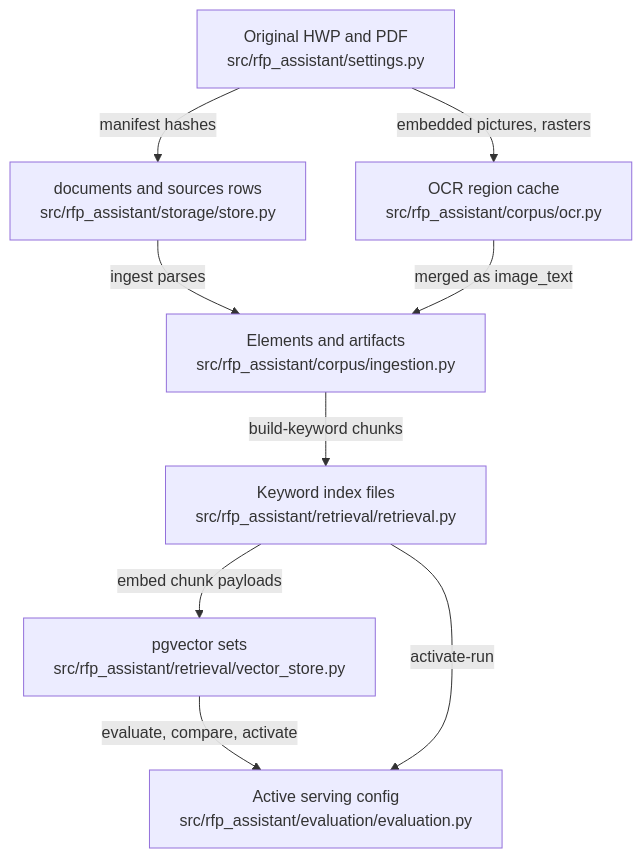
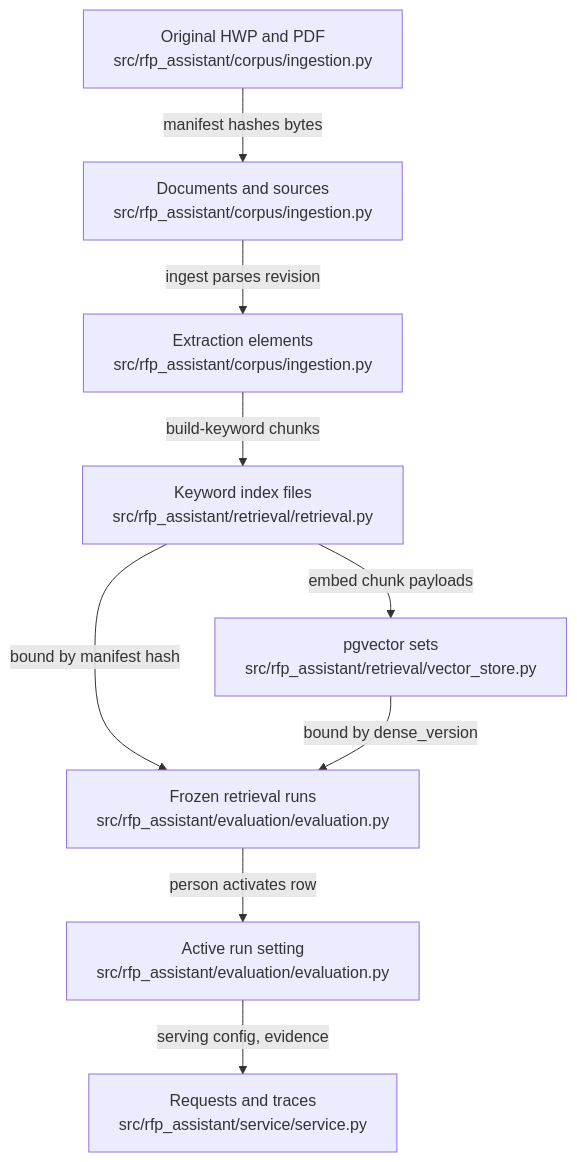
The diagram in .omm/data-flow/diagram.mmd (littleeeeebit/project-codeit-mid), drawn with Mermaid before and after one commit. The commit also changed 359 other files, not shown here.

Commit message:
Refresh wiki and architecture before merge

```diff
--- a/.omm/data-flow/diagram.mmd
+++ b/.omm/data-flow/diagram.mmd
@@ -1,9 +1,17 @@
 graph TD
-  original-files["Original HWP and PDF\nsrc/rfp_assistant/settings.py"] -->|"manifest hashes"| source-records["documents and sources rows\nsrc/rfp_assistant/storage/store.py"]
-  original-files -->|"embedded pictures, rasters"| ocr-cache["OCR region cache\nsrc/rfp_assistant/corpus/ocr.py"]
-  source-records -->|"ingest parses"| extraction-artifacts["Elements and artifacts\nsrc/rfp_assistant/corpus/ingestion.py"]
-  ocr-cache -->|"merged as image_text"| extraction-artifacts
-  extraction-artifacts -->|"build-keyword chunks"| keyword-index-files["Keyword index files\nsrc/rfp_assistant/retrieval/retrieval.py"]
-  keyword-index-files -->|"embed chunk payloads"| vector-sets["pgvector sets\nsrc/rfp_assistant/retrieval/vector_store.py"]
-  vector-sets -->|"evaluate, compare, activate"| active-serving["Active serving config\nsrc/rfp_assistant/evaluation/evaluation.py"]
-  keyword-index-files -->|"activate-run"| active-serving
+  original-files["Original HWP and PDF\nsrc/rfp_assistant/corpus/ingestion.py"]
+  source-records["Documents and sources\nsrc/rfp_assistant/corpus/ingestion.py"]
+  extraction-artifacts["Extraction elements\nsrc/rfp_assistant/corpus/ingestion.py"]
+  keyword-index-files["Keyword index files\nsrc/rfp_assistant/retrieval/retrieval.py"]
+  vector-sets["pgvector sets\nsrc/rfp_assistant/retrieval/vector_store.py"]
+  evaluation-runs["Frozen retrieval runs\nsrc/rfp_assistant/evaluation/evaluation.py"]
+  active-run["Active run setting\nsrc/rfp_assistant/evaluation/evaluation.py"]
+  request-records["Requests and traces\nsrc/rfp_assistant/service/service.py"]
+  original-files -->|"manifest hashes bytes"| source-records
+  source-records -->|"ingest parses revision"| extraction-artifacts
+  extraction-artifacts -->|"build-keyword chunks"| keyword-index-files
+  keyword-index-files -->|"embed chunk payloads"| vector-sets
+  keyword-index-files -->|"bound by manifest hash"| evaluation-runs
+  vector-sets -->|"bound by dense_version"| evaluation-runs
+  evaluation-runs -->|"person activates row"| active-run
+  active-run -->|"serving config, evidence"| request-records
```
